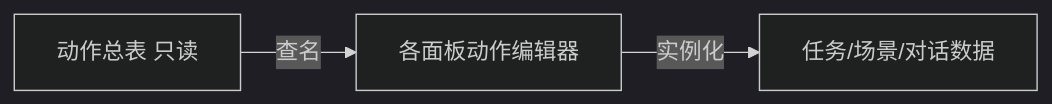
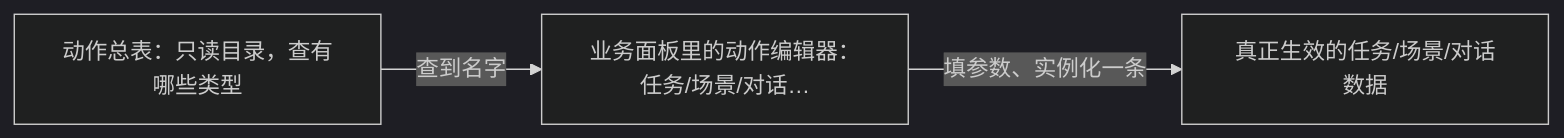
The diagram in docs/editors/panels/actions.md (wubugui/GDoc), drawn with Mermaid (dark theme) before and after one commit. The commit also changed other lines of this file and 112 other files, not shown here.

````diff
--- a/docs/editors/panels/actions.md
+++ b/docs/editors/panels/actions.md
@@ -40,5 +37,5 @@
 ```mermaid
 flowchart LR
-  CAT[动作总表 只读] -->|查名| ED[各面板动作编辑器]
-  ED -->|实例化| DATA[任务/场景/对话数据]
+  CAT[动作总表：只读目录，查有哪些类型] -->|查到名字| ED[业务面板里的动作编辑器：任务/场景/对话…]
+  ED -->|填参数、实例化一条| DATA[真正生效的任务/场景/对话数据]
 ```
````
